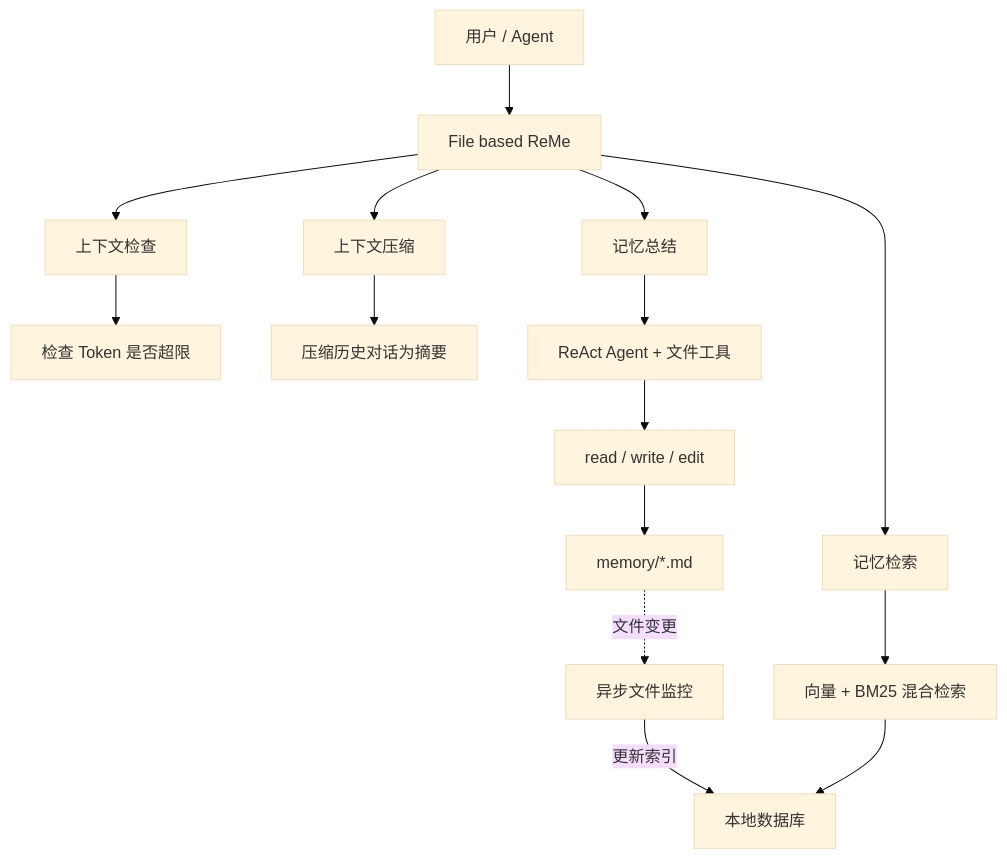
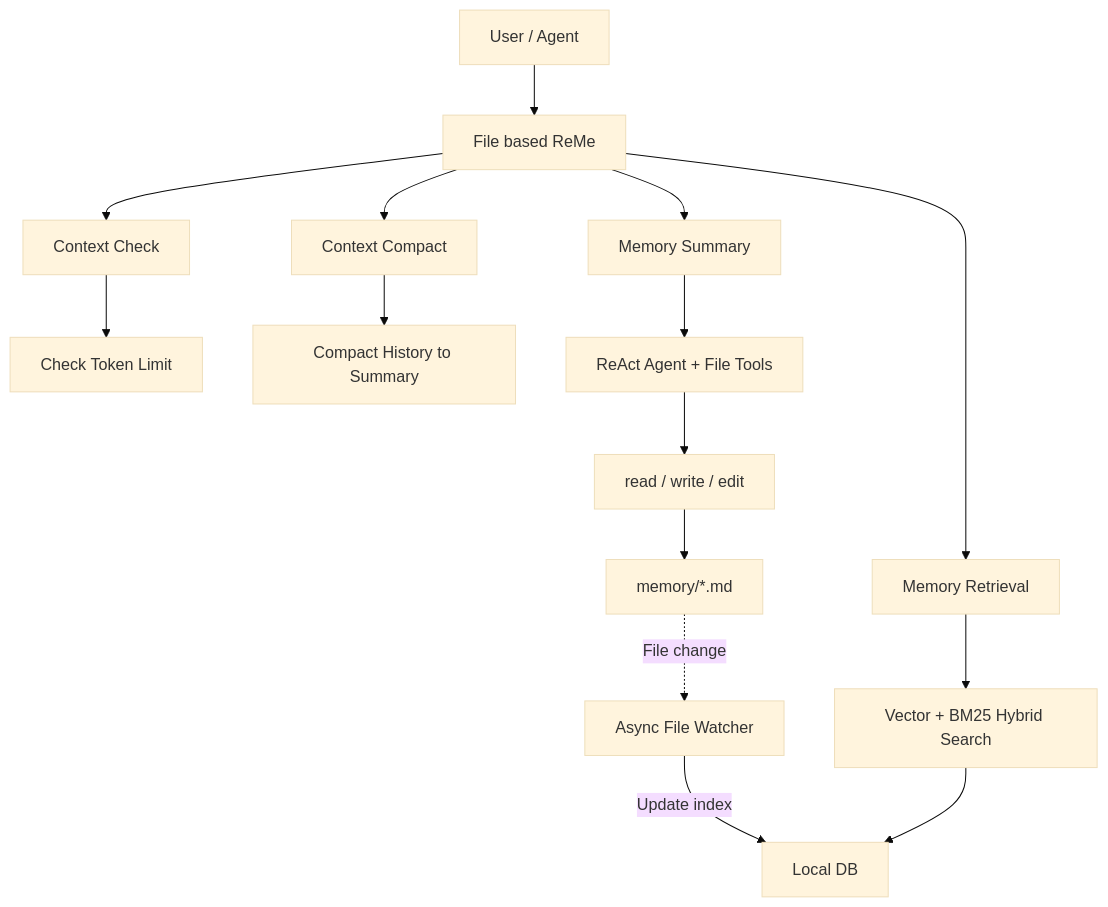
The first of 5 diagrams in README.md (codingwatching/ReMe), drawn with Mermaid (base theme) before and after one commit. The commit also changed other lines of this file and 2 other files, not shown here.

````diff
--- a/README.md
+++ b/README.md
@@ -96,17 +354,17 @@
 ```mermaid
 graph TB
-    User[用户 / Agent] --> ReMeFb[File based ReMe]
-    ReMeFb --> ContextCheck[上下文检查]
-    ReMeFb --> Compact[上下文压缩]
-    ReMeFb --> Summary[记忆总结]
-    ReMeFb --> Search[记忆检索]
-    ContextCheck --> FbContextChecker[检查 Token 是否超限]
-    Compact --> FbCompactor[压缩历史对话为摘要]
-    Summary --> FbSummarizer[ReAct Agent + 文件工具]
-    Search --> MemorySearch[向量 + BM25 混合检索]
+    User[User / Agent] --> ReMeFb[File based ReMe]
+    ReMeFb --> ContextCheck[Context Check]
+    ReMeFb --> Compact[Context Compact]
+    ReMeFb --> Summary[Memory Summary]
+    ReMeFb --> Search[Memory Retrieval]
+    ContextCheck --> FbContextChecker[Check Token Limit]
+    Compact --> FbCompactor[Compact History to Summary]
+    Summary --> FbSummarizer[ReAct Agent + File Tools]
+    Search --> MemorySearch[Vector + BM25 Hybrid Search]
     FbSummarizer --> FileTools[read / write / edit]
     FileTools --> MemoryFiles[memory/*.md]
-    MemoryFiles -.->|文件变更| FileWatcher[异步文件监控]
-    FileWatcher -->|更新索引| FileStore[本地数据库]
+    MemoryFiles -.->|File change| FileWatcher[Async File Watcher]
+    FileWatcher -->|Update index| FileStore[Local DB]
     MemorySearch --> FileStore
 ```
````
